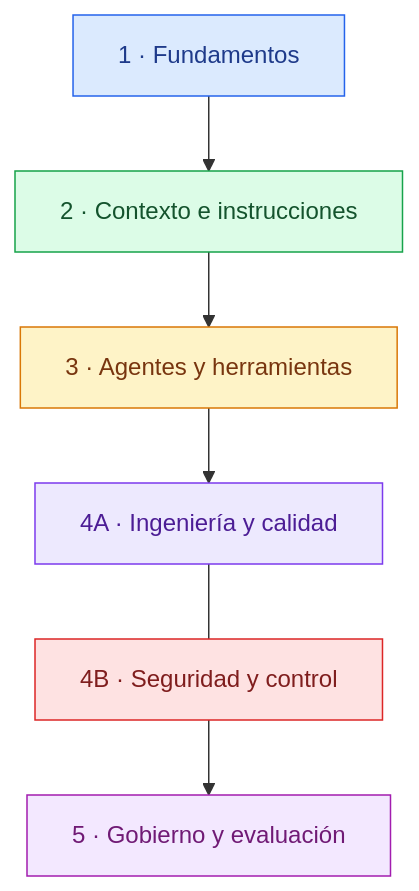
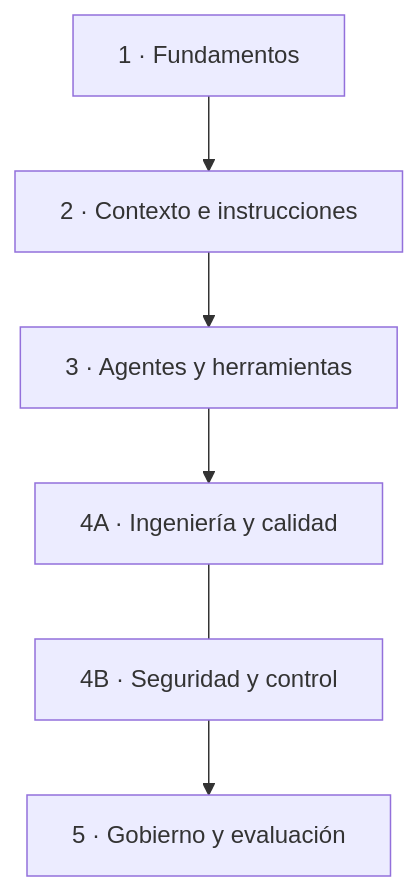
The diagram in docs/mapa-contenidos.md (sigdeletras/ai-assisted-development-guide), drawn with Mermaid before and after one commit. The commit also changed other lines of this file, not shown here.

Commit message:
docs: move guide roadmap out of contents index

````diff
--- a/docs/mapa-contenidos.md
+++ b/docs/mapa-contenidos.md
@@ -7,27 +7,13 @@
 ```mermaid
 flowchart TB
     M1["1 · Fundamentos"]
     M2["2 · Contexto e instrucciones"]
     M3["3 · Agentes y herramientas"]
     M4A["4A · Ingeniería y calidad"]
     M4B["4B · Seguridad y control"]
     M5["5 · Gobierno y evaluación"]
 
     M1 --> M2 --> M3 --> M4A
     M4A --- M4B
     M4B --> M5
-
-    classDef fundamentos fill:#dbeafe,stroke:#2563eb,color:#1e3a8a
-    classDef contexto fill:#dcfce7,stroke:#16a34a,color:#14532d
-    classDef agentes fill:#fef3c7,stroke:#d97706,color:#78350f
-    classDef ingenieria fill:#ede9fe,stroke:#7c3aed,color:#4c1d95
-    classDef seguridad fill:#fee2e2,stroke:#dc2626,color:#7f1d1d
-    classDef gobierno fill:#f3e8ff,stroke:#a21caf,color:#701a75
-
-    class M1 fundamentos
-    class M2 contexto
-    class M3 agentes
-    class M4A ingenieria
-    class M4B seguridad
-    class M5 gobierno
 ```
````
